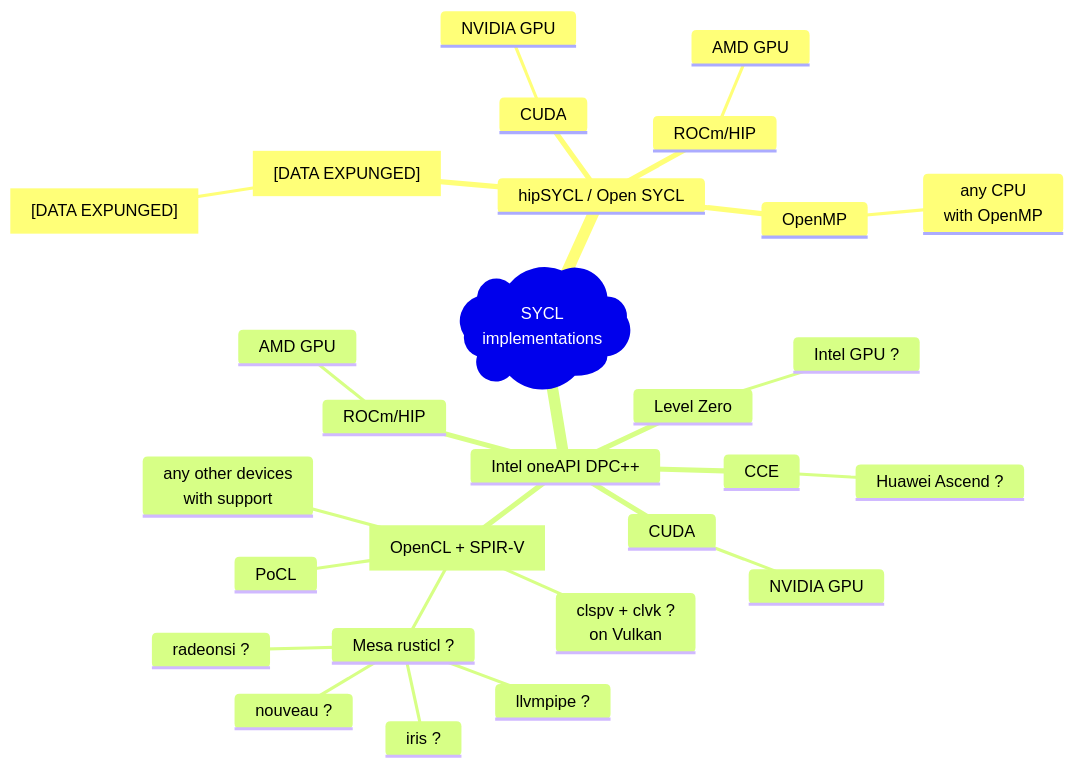
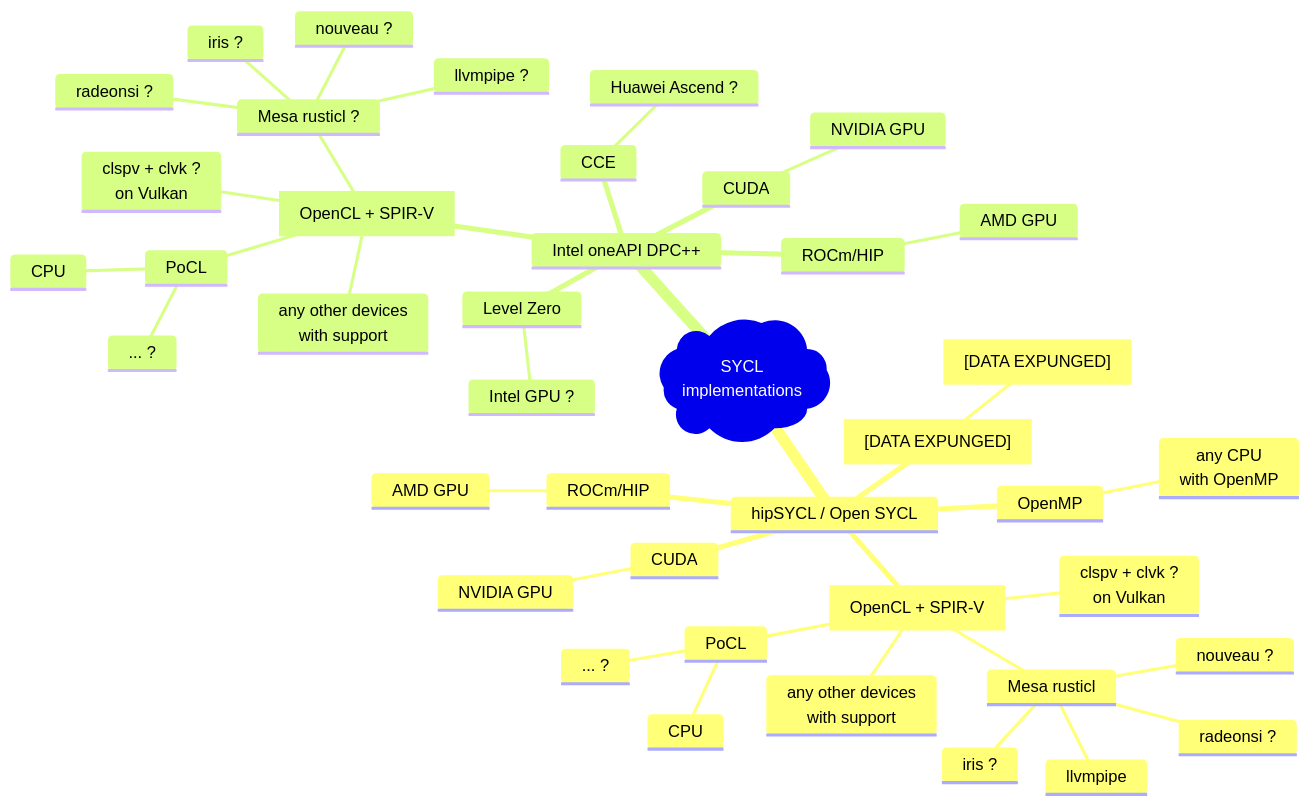
The second of 2 diagrams in README.md (fxzjshm/simple-radio-telescope-backend), drawn with Mermaid before and after one commit. The commit also changed other lines of this file and 2 other files, not shown here.

````diff
--- a/README.md
+++ b/README.md
@@ -71,31 +71,44 @@
 ```mermaid
 mindmap
   root )SYCL <br/> implementations(
     hipSYCL / Open SYCL
       OpenMP
         any CPU <br/> with OpenMP
       CUDA
         NVIDIA GPU
       ROCm/HIP
         AMD GPU
       ["[DATA EXPUNGED]"]
         ["[DATA EXPUNGED]"]
+      OpenCL_SPIRV [OpenCL + SPIR-V]
+        PoCL
+          CPU
+          ... ?
+        Mesa rusticl
+          llvmpipe
+          nouveau ?
+          radeonsi ?
+          iris ?
+        clspv + clvk ? <br/> on Vulkan
+        any other devices <br/> with support
     Intel oneAPI DPC++
       CUDA
         NVIDIA GPU
       ROCm/HIP
         AMD GPU
       Level Zero
         Intel GPU ?
       OpenCL_SPIRV [OpenCL + SPIR-V]
         PoCL
+          CPU
+          ... ?
         Mesa rusticl ?
           llvmpipe ?
           nouveau ?
           radeonsi ?
           iris ?
         clspv + clvk ? <br/> on Vulkan
         any other devices <br/> with support
       CCE
         Huawei Ascend ?
 ```
````
